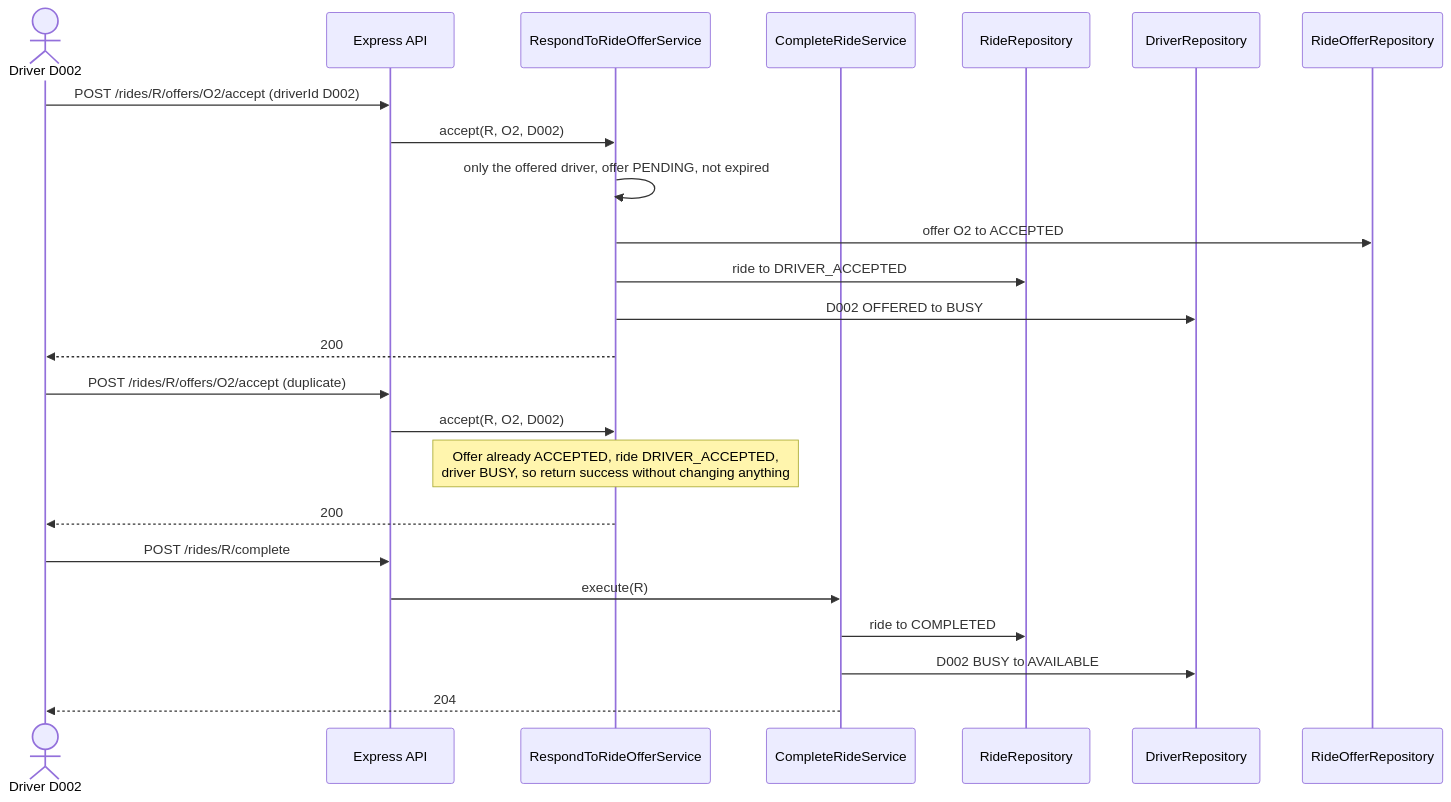
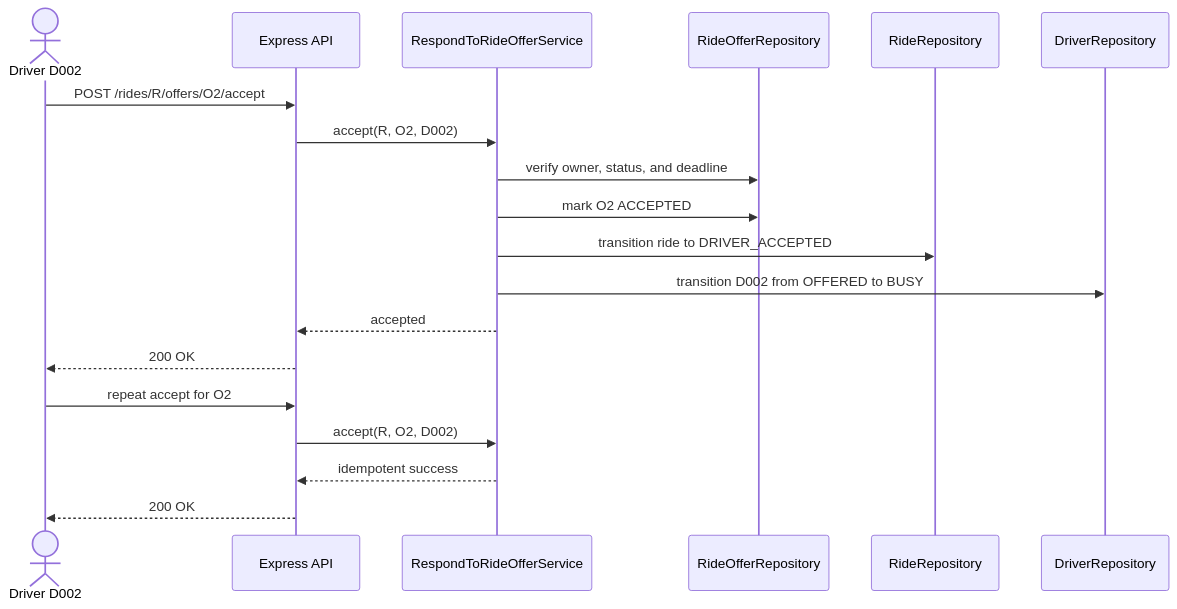
The eighth of 10 diagrams in coding-challenge-3/jessicanguyen/docs/sequence-diagram.md (jessica-nguyennn/coding-challenges), drawn with Mermaid before and after one commit. The commit also changed other lines of this file, not shown here.

Commit message:
update sequence diagrams for ride workflow and clarify state transitions

````diff
--- a/coding-challenge-3/jessicanguyen/docs/sequence-diagram.md
+++ b/coding-challenge-3/jessicanguyen/docs/sequence-diagram.md
@@ -189,29 +201,23 @@
 ```mermaid
 sequenceDiagram
     actor Driver as Driver D002
     participant API as Express API
     participant Respond as RespondToRideOfferService
-    participant Complete as CompleteRideService
+    participant Offers as RideOfferRepository
     participant Rides as RideRepository
     participant Drivers as DriverRepository
-    participant Offers as RideOfferRepository
 
-    Driver->>API: POST /rides/R/offers/O2/accept (driverId D002)
+    Driver->>API: POST /rides/R/offers/O2/accept
     API->>Respond: accept(R, O2, D002)
-    Respond->>Respond: only the offered driver, offer PENDING, not expired
-    Respond->>Offers: offer O2 to ACCEPTED
-    Respond->>Rides: ride to DRIVER_ACCEPTED
-    Respond->>Drivers: D002 OFFERED to BUSY
-    Respond-->>Driver: 200
+    Respond->>Offers: verify owner, status, and deadline
+    Respond->>Offers: mark O2 ACCEPTED
+    Respond->>Rides: transition ride to DRIVER_ACCEPTED
+    Respond->>Drivers: transition D002 from OFFERED to BUSY
+    Respond-->>API: accepted
+    API-->>Driver: 200 OK
 
-    Driver->>API: POST /rides/R/offers/O2/accept (duplicate)
+    Driver->>API: repeat accept for O2
     API->>Respond: accept(R, O2, D002)
-    Note over Respond: Offer already ACCEPTED, ride DRIVER_ACCEPTED,<br/>driver BUSY, so return success without changing anything
-    Respond-->>Driver: 200
-
-    Driver->>API: POST /rides/R/complete
-    API->>Complete: execute(R)
-    Complete->>Rides: ride to COMPLETED
-    Complete->>Drivers: D002 BUSY to AVAILABLE
-    Complete-->>Driver: 204
+    Respond-->>API: idempotent success
+    API-->>Driver: 200 OK
 ```
````
